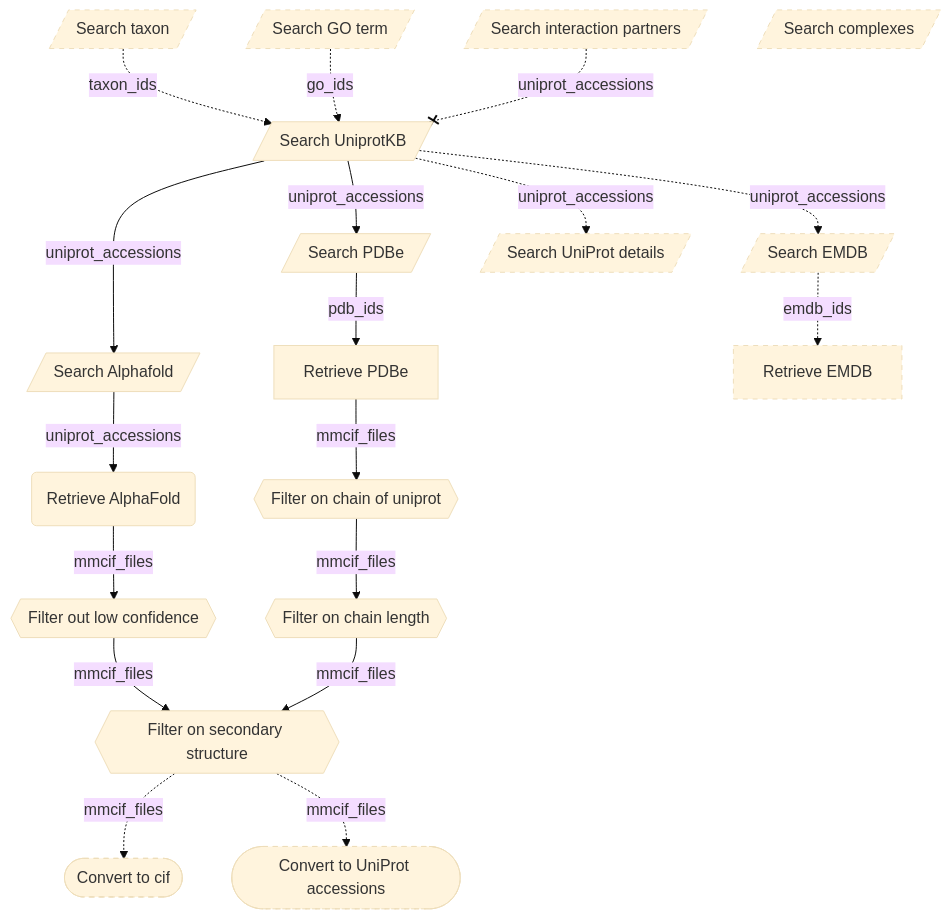
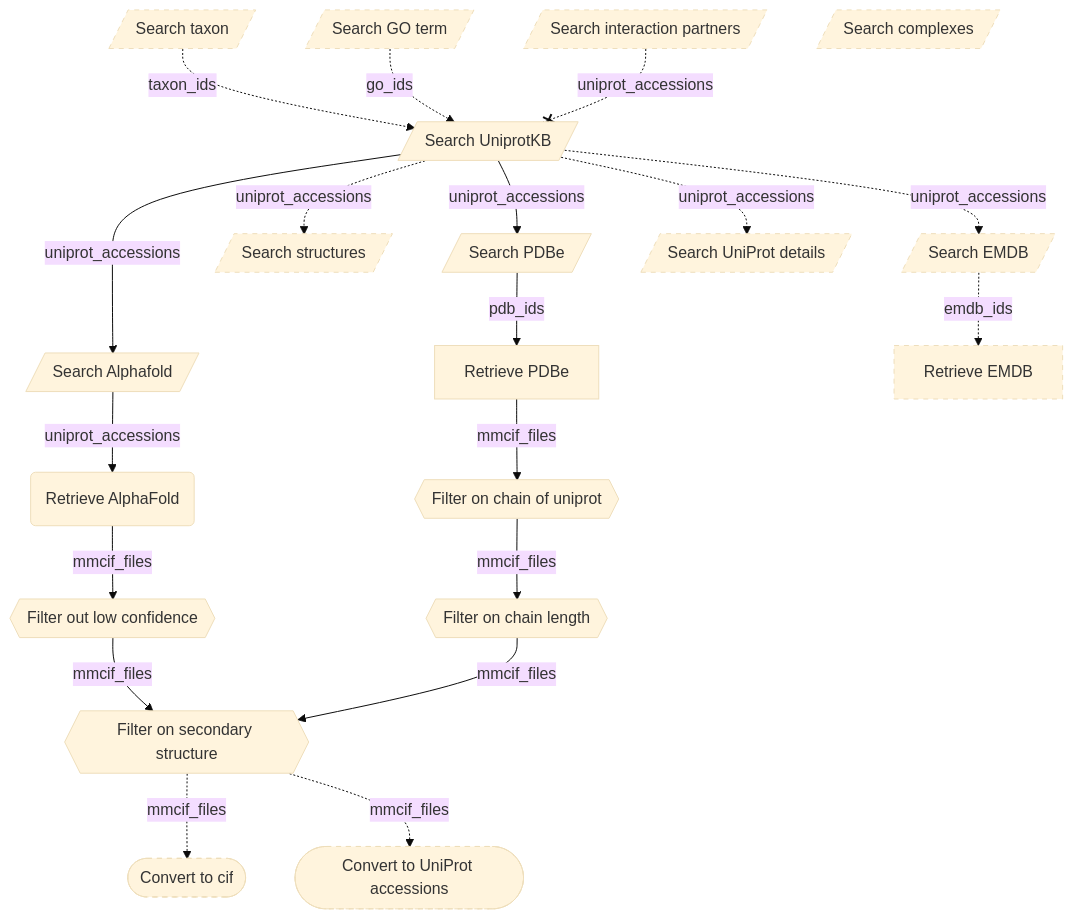
The diagram in README.md (haddocking/protein-quest), drawn with Mermaid (base theme) before and after one commit. The commit also changed other lines of this file, not shown here.

Commit message:
Document `protein-quest search structures`

````diff
--- a/README.md
+++ b/README.md
@@ -36,31 +36,33 @@
 ```mermaid
 graph TB;
     taxonomy[/Search taxon/] -. taxon_ids .-> searchuniprot[/Search UniprotKB/]
     goterm[/Search GO term/] -. go_ids .-> searchuniprot[/Search UniprotKB/]
     searchuniprot --> |uniprot_accessions|searchpdbe[/Search PDBe/]
     searchuniprot --> |uniprot_accessions|searchaf[/Search Alphafold/]
+    searchuniprot -. uniprot_accessions .-> searchstructures[/Search structures/]
     searchuniprot -. uniprot_accessions .-> searchemdb[/Search EMDB/]
     searchuniprot -. uniprot_accessions .-> searchuniprotdetails[/Search UniProt details/]
     searchintactionpartners[/Search interaction partners/] -.-x |uniprot_accessions|searchuniprot
     searchcomplexes[/Search complexes/]
     searchpdbe -->|pdb_ids|fetchpdbe[Retrieve PDBe]
     searchaf --> |uniprot_accessions|fetchad(Retrieve AlphaFold)
     searchemdb -. emdb_ids .->fetchemdb[Retrieve EMDB]
     fetchpdbe -->|mmcif_files| chainfilter{{Filter on chain of uniprot}}
     chainfilter --> |mmcif_files| residuefilter{{Filter on chain length}}
     fetchad -->|mmcif_files| confidencefilter{{Filter out low confidence}}
     confidencefilter --> |mmcif_files| ssfilter{{Filter on secondary structure}}
     residuefilter --> |mmcif_files| ssfilter
     ssfilter -. mmcif_files .-> convert2cif([Convert to cif])
     ssfilter -. mmcif_files .-> convert2uniprot_accessions([Convert to UniProt accessions])
     classDef dashedBorder stroke-dasharray: 5 5;
     goterm:::dashedBorder
     taxonomy:::dashedBorder
     searchemdb:::dashedBorder
     fetchemdb:::dashedBorder
+    searchstructures:::dashedBorder
     searchintactionpartners:::dashedBorder
     searchcomplexes:::dashedBorder
     searchuniprotdetails:::dashedBorder
     convert2cif:::dashedBorder
     convert2uniprot_accessions:::dashedBorder
 ```
````
